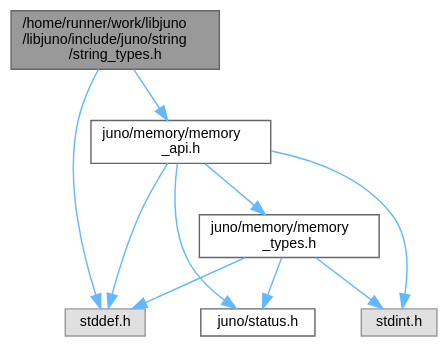
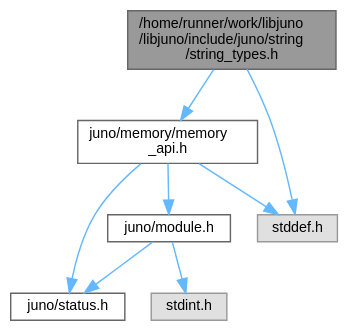
One commit to robinonsay/libjuno changed the diagram in string__types_8h__incl.dot. Above: the diagram before and after it, drawn with Graphviz. The commit also changed 208 other files, not shown here.

```diff
--- a/string__types_8h__incl.dot
+++ b/string__types_8h__incl.dot
@@ -1,22 +1,20 @@
 digraph "/home/runner/work/libjuno/libjuno/include/juno/string/string_types.h"
 {
  // LATEX_PDF_SIZE
   bgcolor="transparent";
   edge [fontname=Helvetica,fontsize=10,labelfontname=Helvetica,labelfontsize=10];
   node [fontname=Helvetica,fontsize=10,shape=box,height=0.2,width=0.4];
   Node1 [id="Node000001",label="/home/runner/work/libjuno\l/libjuno/include/juno/string\l/string_types.h",height=0.2,width=0.4,color="gray40", fillcolor="grey60", style="filled", fontcolor="black",tooltip=" "];
   Node1 -> Node2 [id="edge1_Node000001_Node000002",color="steelblue1",style="solid",tooltip=" "];
   Node2 [id="Node000002",label="juno/memory/memory\l_api.h",height=0.2,width=0.4,color="grey40", fillcolor="white", style="filled",URL="$memory__api_8h.html",tooltip=" "];
   Node2 -> Node3 [id="edge2_Node000002_Node000003",color="steelblue1",style="solid",tooltip=" "];
   Node3 [id="Node000003",label="juno/status.h",height=0.2,width=0.4,color="grey40", fillcolor="white", style="filled",URL="$status_8h.html",tooltip=" "];
   Node2 -> Node4 [id="edge3_Node000002_Node000004",color="steelblue1",style="solid",tooltip=" "];
-  Node4 [id="Node000004",label="stddef.h",height=0.2,width=0.4,color="grey60", fillcolor="#E0E0E0", style="filled",tooltip=" "];
-  Node2 -> Node5 [id="edge4_Node000002_Node000005",color="steelblue1",style="solid",tooltip=" "];
+  Node4 [id="Node000004",label="juno/module.h",height=0.2,width=0.4,color="grey40", fillcolor="white", style="filled",URL="$module_8h.html",tooltip=" "];
+  Node4 -> Node3 [id="edge4_Node000004_Node000003",color="steelblue1",style="solid",tooltip=" "];
+  Node4 -> Node5 [id="edge5_Node000004_Node000005",color="steelblue1",style="solid",tooltip=" "];
   Node5 [id="Node000005",label="stdint.h",height=0.2,width=0.4,color="grey60", fillcolor="#E0E0E0", style="filled",tooltip=" "];
-  Node2 -> Node6 [id="edge5_Node000002_Node000006",color="steelblue1",style="solid",tooltip=" "];
-  Node6 [id="Node000006",label="juno/memory/memory\l_types.h",height=0.2,width=0.4,color="grey40", fillcolor="white", style="filled",URL="$memory__types_8h.html",tooltip=" "];
-  Node6 -> Node4 [id="edge6_Node000006_Node000004",color="steelblue1",style="solid",tooltip=" "];
-  Node6 -> Node5 [id="edge7_Node000006_Node000005",color="steelblue1",style="solid",tooltip=" "];
-  Node6 -> Node3 [id="edge8_Node000006_Node000003",color="steelblue1",style="solid",tooltip=" "];
-  Node1 -> Node4 [id="edge9_Node000001_Node000004",color="steelblue1",style="solid",tooltip=" "];
+  Node2 -> Node6 [id="edge6_Node000002_Node000006",color="steelblue1",style="solid",tooltip=" "];
+  Node6 [id="Node000006",label="stddef.h",height=0.2,width=0.4,color="grey60", fillcolor="#E0E0E0", style="filled",tooltip=" "];
+  Node1 -> Node6 [id="edge7_Node000001_Node000006",color="steelblue1",style="solid",tooltip=" "];
 }
```
